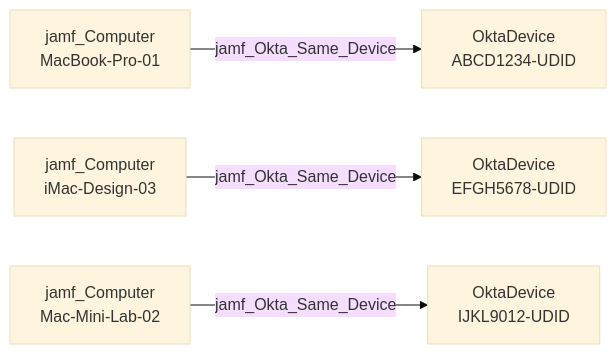
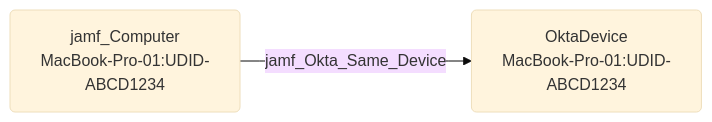
Before and after one commit to SpecterOps/bloodhound-docs: the diagram in docs/opengraph/extensions/jamfhound/reference/edges/jamf_okta_same_device.mdx, drawn with Mermaid (base theme). The commit also changed 33 other files, not shown here.

Commit message:
Updated documentation with revised mermaid diagrams

````diff
--- a/docs/opengraph/extensions/jamfhound/reference/edges/jamf_okta_same_device.mdx
+++ b/docs/opengraph/extensions/jamfhound/reference/edges/jamf_okta_same_device.mdx
@@ -18,6 +18,8 @@
 ```mermaid
 graph LR
-    A["jamf_Computer\nMacBook-Pro-01"] -->|jamf_Okta_Same_Device| B["OktaDevice\nABCD1234-UDID"]
-    C["jamf_Computer\niMac-Design-03"] -->|jamf_Okta_Same_Device| D["OktaDevice\nEFGH5678-UDID"]
-    E["jamf_Computer\nMac-Mini-Lab-02"] -->|jamf_Okta_Same_Device| F["OktaDevice\nIJKL9012-UDID"]
+    A("jamf_Computer
+MacBook-Pro-01:UDID-ABCD1234")
+    B("OktaDevice
+MacBook-Pro-01:UDID-ABCD1234")
+    A -- jamf_Okta_Same_Device --> B
 ```
````
